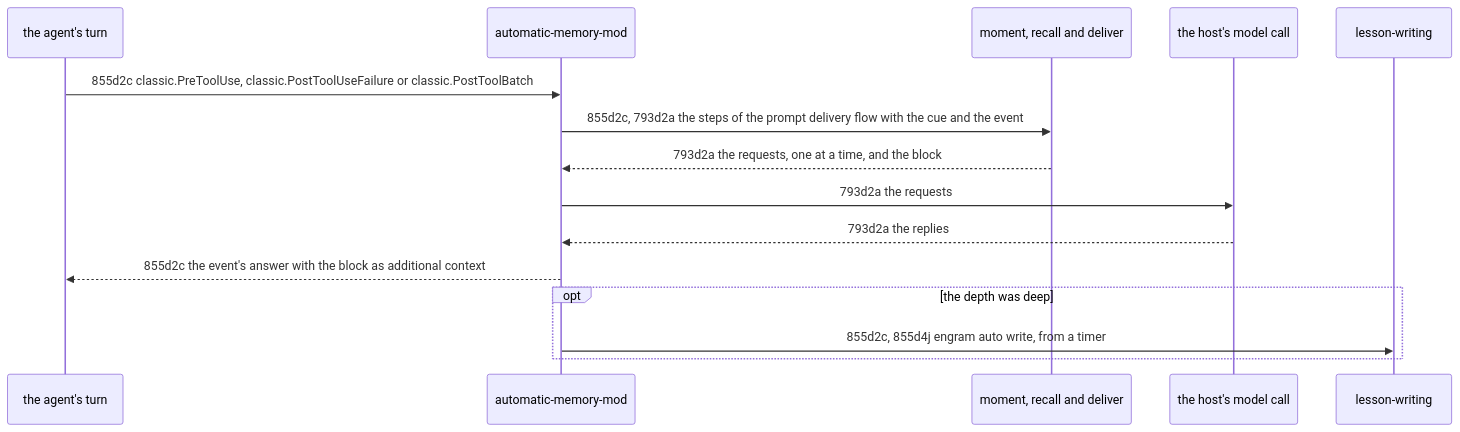
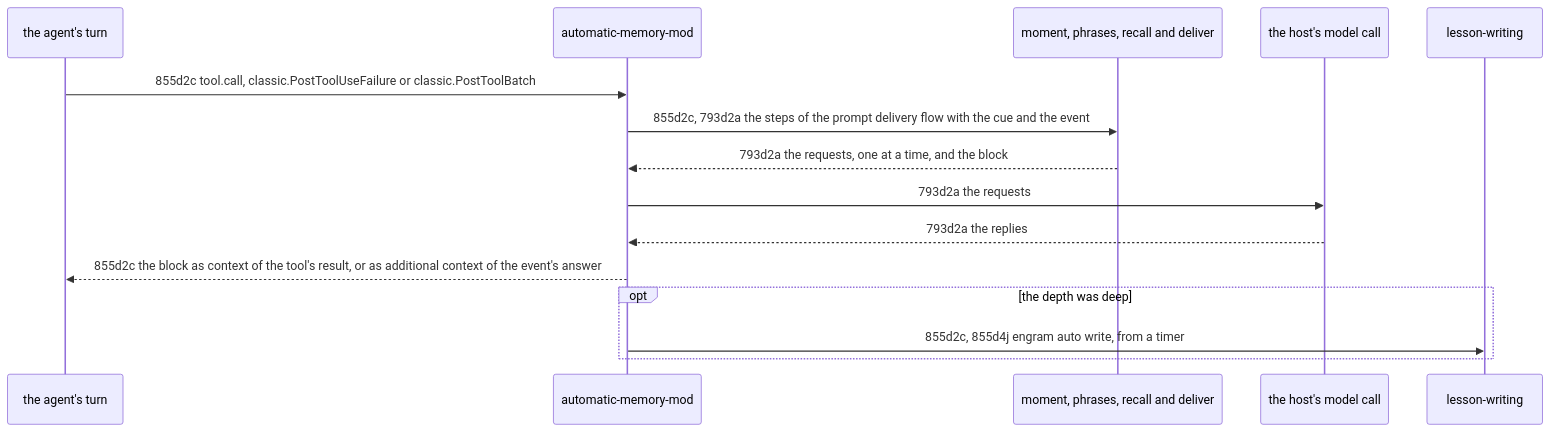
One commit to toejough/engram changed the third of 3 diagrams in docs/changes/855_judged-automatic-memory/855d_technical-spec.md. Above: the diagram before and after it, drawn with Mermaid. The commit also changed other lines of this file, not shown here.

````diff
--- a/docs/changes/855_judged-automatic-memory/855d_technical-spec.md
+++ b/docs/changes/855_judged-automatic-memory/855d_technical-spec.md
@@ -329,18 +324,18 @@
 ```mermaid
 sequenceDiagram
     participant Agent as the agent's turn
     participant Mod as automatic-memory-mod
-    participant Steps as moment, recall and deliver
+    participant Steps as moment, phrases, recall and deliver
     participant Model as the host's model call
     participant Writing as lesson-writing
 
-    Agent->>Mod: 855d2c classic.PreToolUse, classic.PostToolUseFailure or classic.PostToolBatch
+    Agent->>Mod: 855d2c tool.call, classic.PostToolUseFailure or classic.PostToolBatch
     Mod->>Steps: 855d2c, 793d2a the steps of the prompt delivery flow with the cue and the event
     Steps-->>Mod: 793d2a the requests, one at a time, and the block
     Mod->>Model: 793d2a the requests
     Model-->>Mod: 793d2a the replies
-    Mod-->>Agent: 855d2c the event's answer with the block as additional context
+    Mod-->>Agent: 855d2c the block as context of the tool's result, or as additional context of the event's answer
     opt the depth was deep
         Mod->>Writing: 855d2c, 855d4j engram auto write, from a timer
     end
 ```
````
